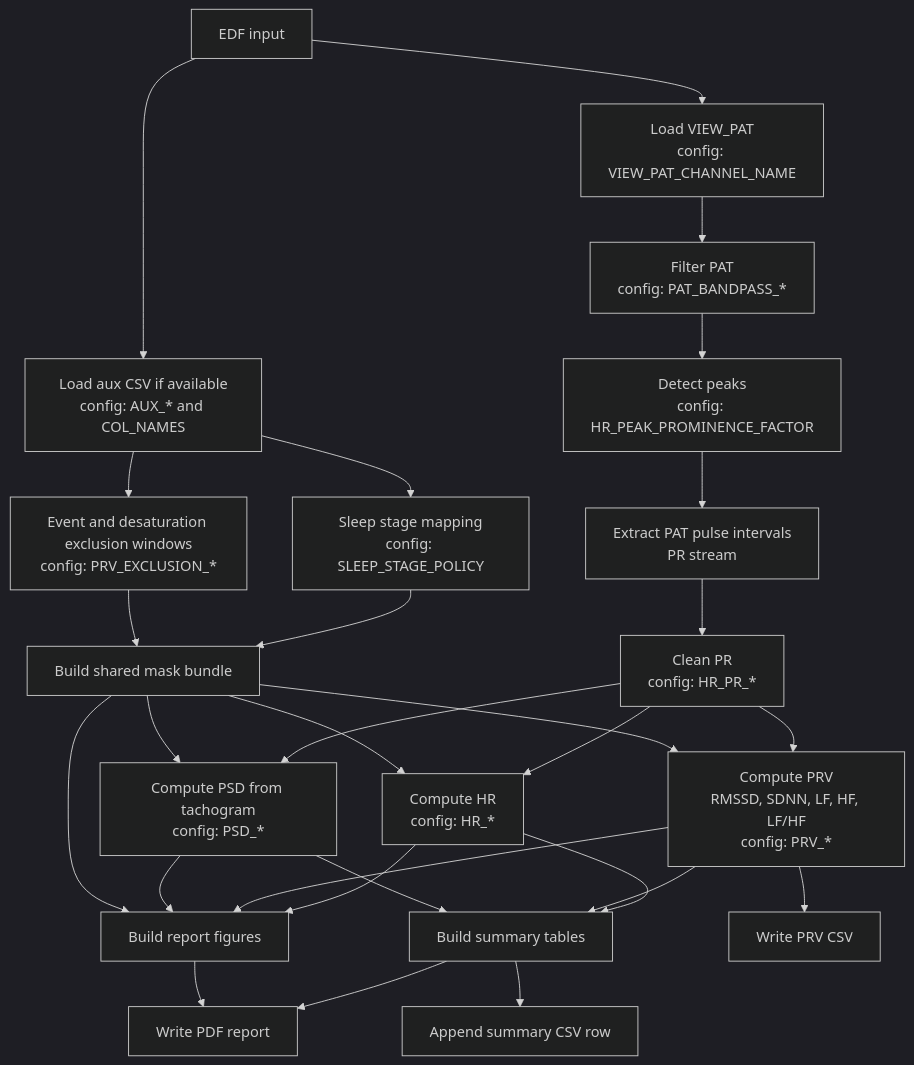
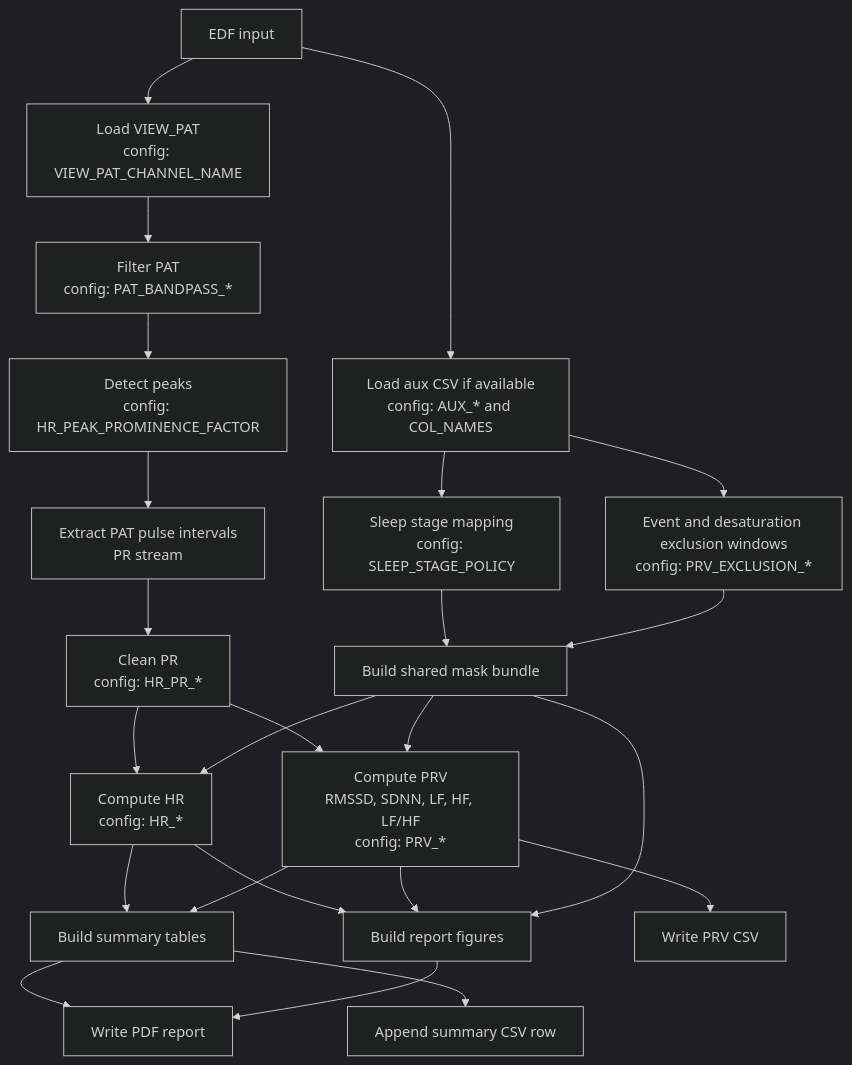
Before and after one commit to JindrichA/pat_prv: the diagram in README.md, drawn with Mermaid (dark theme). The commit also changed other lines of this file and 17 other files, not shown here.

````diff
--- a/README.md
+++ b/README.md
@@ -88,35 +87,30 @@
 ```mermaid
 flowchart TD
     A[EDF input] --> B[Load VIEW_PAT\nconfig: VIEW_PAT_CHANNEL_NAME]
     B --> C[Filter PAT\nconfig: PAT_BANDPASS_*]
     C --> D[Detect peaks\nconfig: HR_PEAK_PROMINENCE_FACTOR]
     D --> E[Extract PAT pulse intervals\nPR stream]
     E --> F[Clean PR\nconfig: HR_PR_*]
 
     A --> H[Load aux CSV if available\nconfig: AUX_* and COL_NAMES]
     H --> I[Sleep stage mapping\nconfig: SLEEP_STAGE_POLICY]
     H --> J[Event and desaturation exclusion windows\nconfig: PRV_EXCLUSION_*]
     I --> K[Build shared mask bundle]
     J --> K
 
     F --> L[Compute HR\nconfig: HR_*]
     F --> M[Compute PRV\nRMSSD, SDNN, LF, HF, LF/HF\nconfig: PRV_*]
-    F --> N[Compute PSD from tachogram\nconfig: PSD_*]
-
     K --> L
     K --> M
-    K --> N
     L --> Q[Build summary tables]
     M --> Q
-    N --> Q
 
     L --> R[Build report figures]
     M --> R
-    N --> R
     K --> R
     Q --> S[Write PDF report]
     R --> S
 
     M --> T[Write PRV CSV]
     Q --> U[Append summary CSV row]
 ```
````
